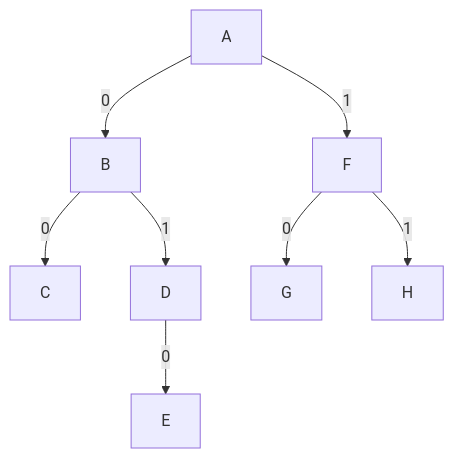
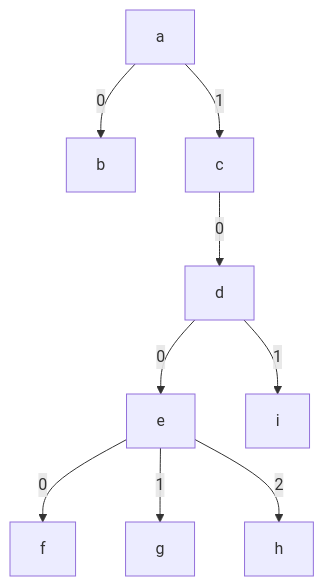
The tenth of 27 diagrams in packages/dds/tree/docs/wip/treeStorage.md (microsoft/FluidFramework), drawn with Mermaid before and after one commit. The commit also changed other lines of this file, not shown here.

````diff
--- a/packages/dds/tree/docs/wip/treeStorage.md
+++ b/packages/dds/tree/docs/wip/treeStorage.md
@@ -249,7 +258,9 @@
 ```mermaid
 graph TD;
-    A--0-->B--0-->C
-    B--1-->D--0-->E
-    A--1-->F--0-->G
-    F--1-->H
+    a--0-->b;
+    a--1-->c--0-->d--0-->e;
+    d--1-->i;
+    e--0-->f;
+    e--1-->g;
+    e--2-->h;
 ```
````
